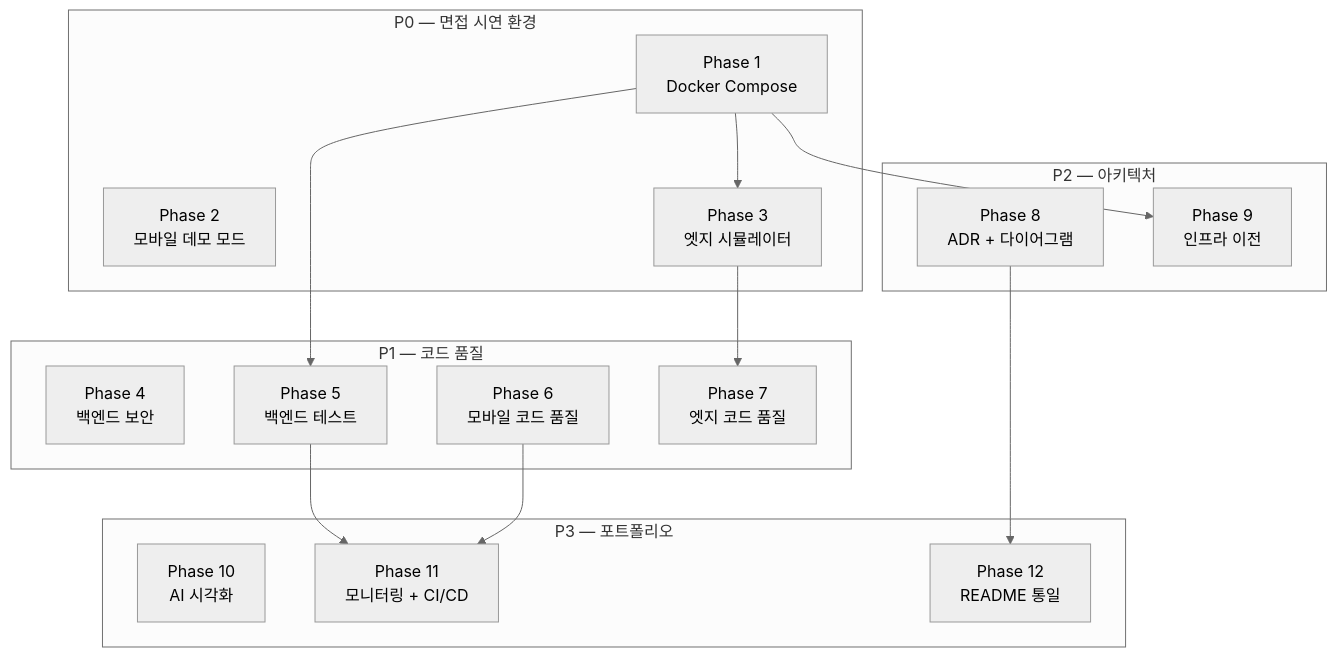
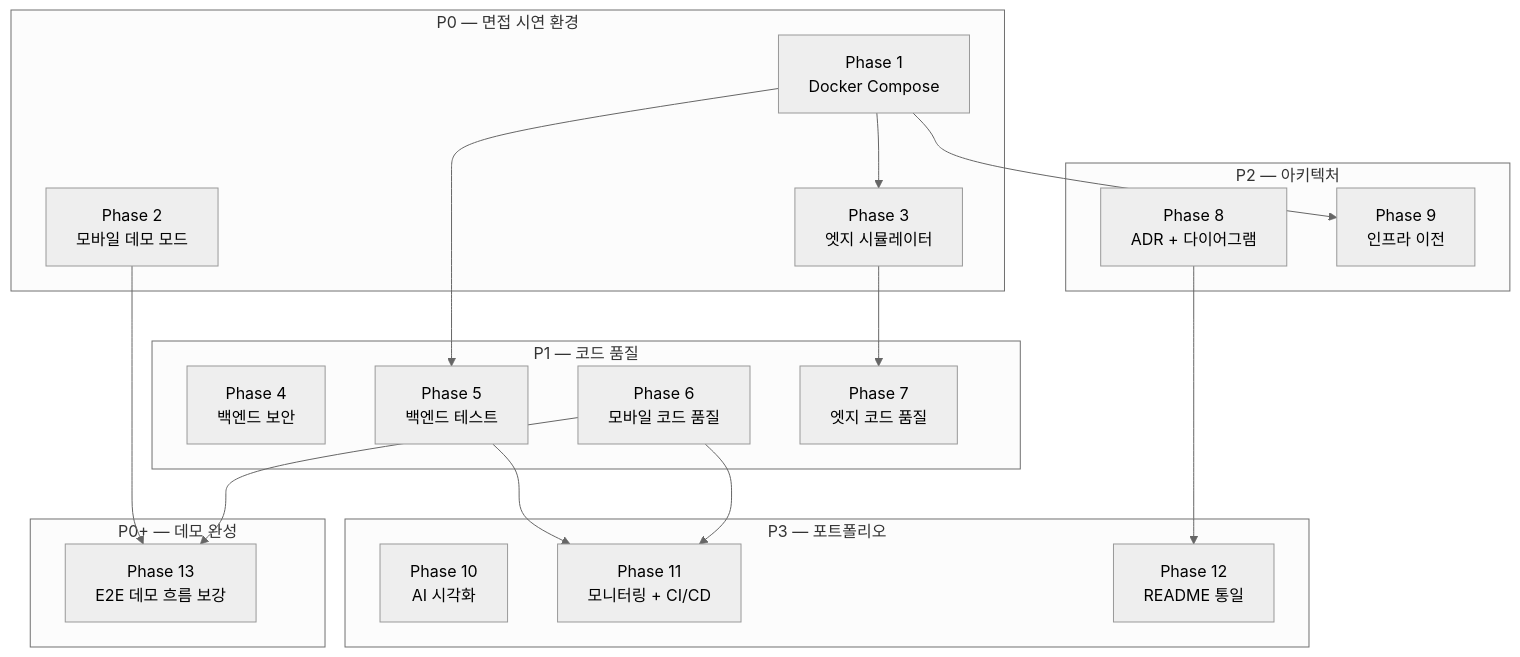
One commit to JeffKM/ember-sentinel-application changed the diagram in docs/ROADMAP.md. Above: the diagram before and after it, drawn with Mermaid (neutral theme). The commit also changed other lines of this file and 3 other files, not shown here.

````diff
--- a/docs/ROADMAP.md
+++ b/docs/ROADMAP.md
@@ -272,34 +297,40 @@
 ```mermaid
 graph TD
     subgraph "P0 — 면접 시연 환경"
         P1_phase["Phase 1<br/>Docker Compose"]
         P2_phase["Phase 2<br/>모바일 데모 모드"]
         P3_phase["Phase 3<br/>엣지 시뮬레이터"]
     end
 
     subgraph "P1 — 코드 품질"
         P4_phase["Phase 4<br/>백엔드 보안"]
         P5_phase["Phase 5<br/>백엔드 테스트"]
         P6_phase["Phase 6<br/>모바일 코드 품질"]
         P7_phase["Phase 7<br/>엣지 코드 품질"]
     end
 
     subgraph "P2 — 아키텍처"
         P8_phase["Phase 8<br/>ADR + 다이어그램"]
         P9_phase["Phase 9<br/>인프라 이전"]
     end
 
     subgraph "P3 — 포트폴리오"
         P10_phase["Phase 10<br/>AI 시각화"]
         P11_phase["Phase 11<br/>모니터링 + CI/CD"]
         P12_phase["Phase 12<br/>README 통일"]
     end
 
+    subgraph "P0+ — 데모 완성"
+        P13_phase["Phase 13<br/>E2E 데모 흐름 보강"]
+    end
+
     P1_phase --> P3_phase
     P1_phase --> P5_phase
     P1_phase --> P9_phase
     P3_phase --> P7_phase
     P5_phase --> P11_phase
     P6_phase --> P11_phase
     P8_phase --> P12_phase
+    P2_phase --> P13_phase
+    P6_phase --> P13_phase
 ```
````
